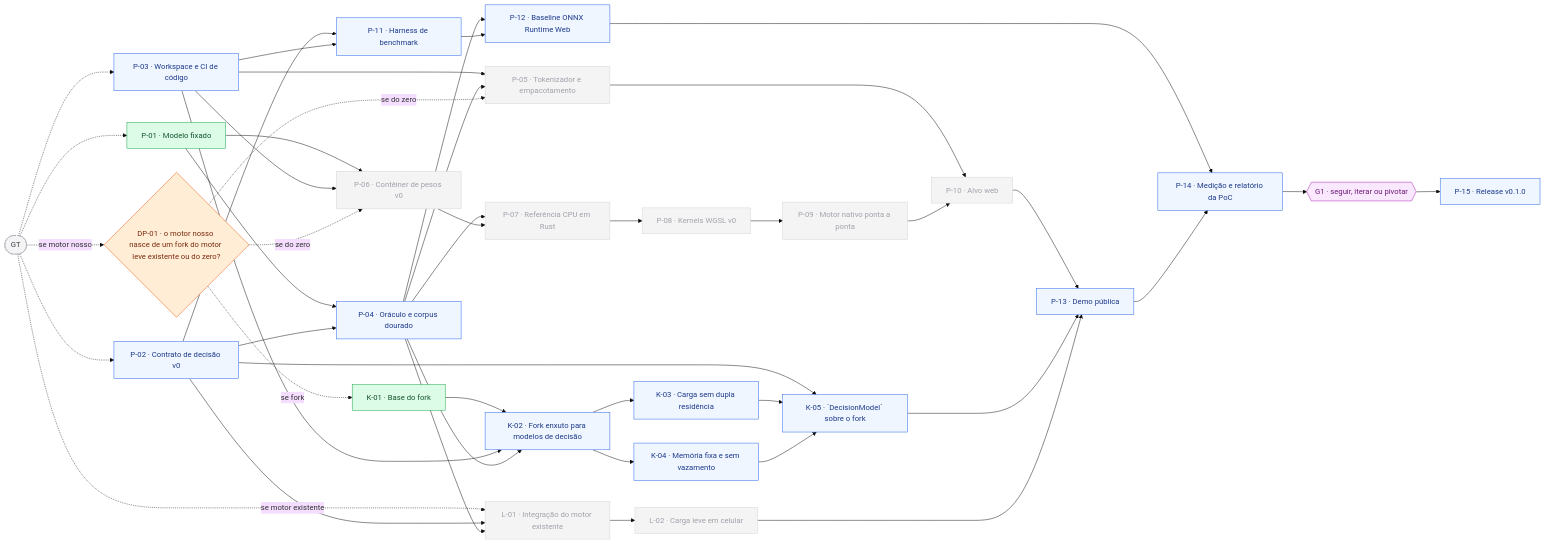
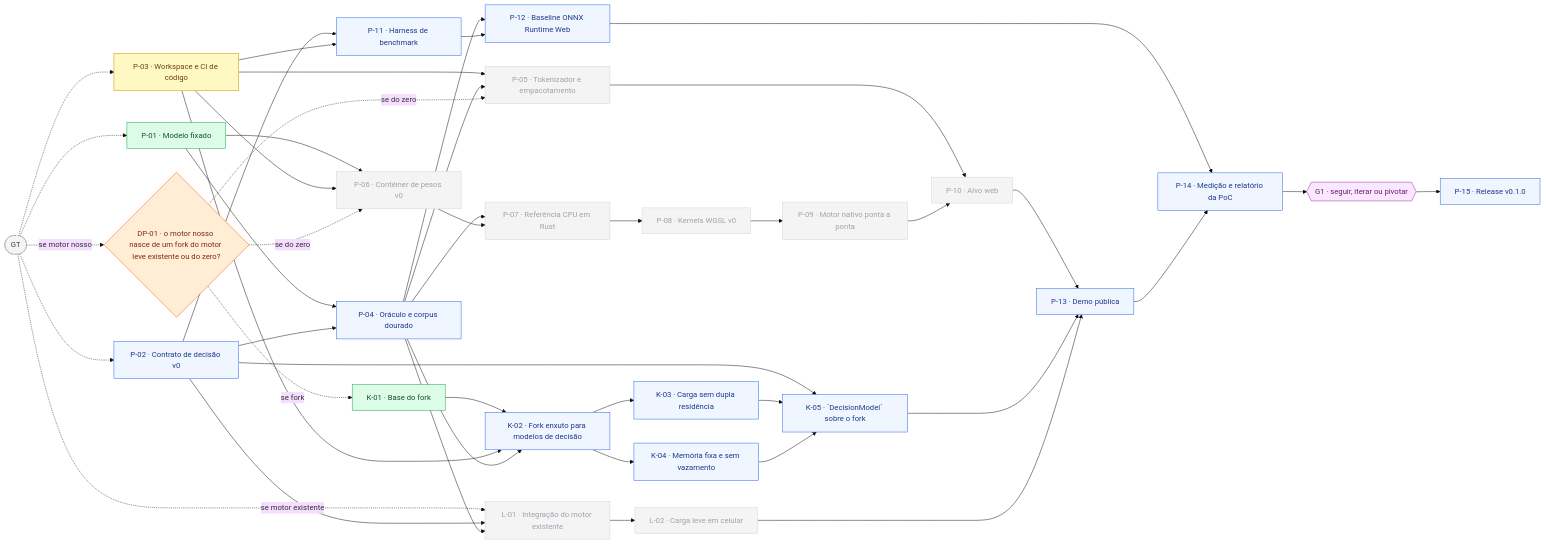
The fourth of 10 diagrams in ROADMAP.md (frederico-kluser/som-webcore), drawn with Mermaid (base theme) before and after one commit. The commit also changed other lines of this file and 20 other files, not shown here.

````diff
--- a/ROADMAP.md
+++ b/ROADMAP.md
@@ -1095,78 +1095,78 @@
 ```mermaid
 flowchart LR
     GT(["GT"]):::ext
     P01["P-01 · Modelo fixado"]:::done
     P02["P-02 · Contrato de decisão v0"]:::todo
-    P03["P-03 · Workspace e CI de código"]:::todo
+    P03["P-03 · Workspace e CI de código"]:::doing
     DP01{"DP-01 · o motor nosso nasce de um fork do motor leve existente ou do zero?"}:::fork
     P04["P-04 · Oráculo e corpus dourado"]:::todo
     P11["P-11 · Harness de benchmark"]:::todo
     P06["P-06 · Contêiner de pesos v0"]:::off
     K01["K-01 · Base do fork"]:::done
     P05["P-05 · Tokenizador e empacotamento"]:::off
     L01["L-01 · Integração do motor existente"]:::off
     P12["P-12 · Baseline ONNX Runtime Web"]:::todo
     P07["P-07 · Referência CPU em Rust"]:::off
     K02["K-02 · Fork enxuto para modelos de decisão"]:::todo
     L02["L-02 · Carga leve em celular"]:::off
     P08["P-08 · Kernels WGSL v0"]:::off
     K03["K-03 · Carga sem dupla residência"]:::todo
     K04["K-04 · Memória fixa e sem vazamento"]:::todo
     P09["P-09 · Motor nativo ponta a ponta"]:::off
     K05["K-05 · `DecisionModel` sobre o fork"]:::todo
     P10["P-10 · Alvo web"]:::off
     P13["P-13 · Demo pública"]:::todo
     P14["P-14 · Medição e relatório da PoC"]:::todo
     G1{{"G1 · seguir, iterar ou pivotar"}}:::gate
     P15["P-15 · Release v0.1.0"]:::todo
     GT -.-> P01
     GT -.-> P02
     GT -.-> P03
     GT -.->|"se motor nosso"| DP01
     P01 --> P04
     P02 --> P04
     P02 --> P11
     P03 --> P11
     P01 --> P06
     P03 --> P06
     DP01 -.->|"se do zero"| P06
     DP01 -.->|"se fork"| K01
     P03 --> P05
     P04 --> P05
     DP01 -.->|"se do zero"| P05
     GT -.->|"se motor existente"| L01
     P02 --> L01
     P04 --> L01
     P04 --> P12
     P11 --> P12
     P04 --> P07
     P06 --> P07
     K01 --> K02
     P03 --> K02
     P04 --> K02
     L01 --> L02
     P07 --> P08
     K02 --> K03
     K02 --> K04
     P08 --> P09
     P02 --> K05
     K03 --> K05
     K04 --> K05
     P05 --> P10
     P09 --> P10
     P10 --> P13
     K05 --> P13
     L02 --> P13
     P12 --> P14
     P13 --> P14
     P14 --> G1
     G1 --> P15
     classDef done fill:#dcfce7,stroke:#16a34a,color:#14532d;
     classDef doing fill:#fef9c3,stroke:#ca8a04,color:#713f12;
     classDef todo fill:#eff6ff,stroke:#2563eb,color:#1e3a8a;
     classDef gate fill:#fae8ff,stroke:#a21caf,color:#701a75;
     classDef fork fill:#ffedd5,stroke:#ea580c,color:#7c2d12;
     classDef opt fill:#f8fafc,stroke:#64748b,color:#334155,stroke-dasharray: 5 4;
     classDef off fill:#f4f4f5,stroke:#d4d4d8,color:#a1a1aa;
     classDef ext fill:#f4f4f5,stroke:#a1a1aa,color:#3f3f46,stroke-dasharray: 4 3;
 ```
````
